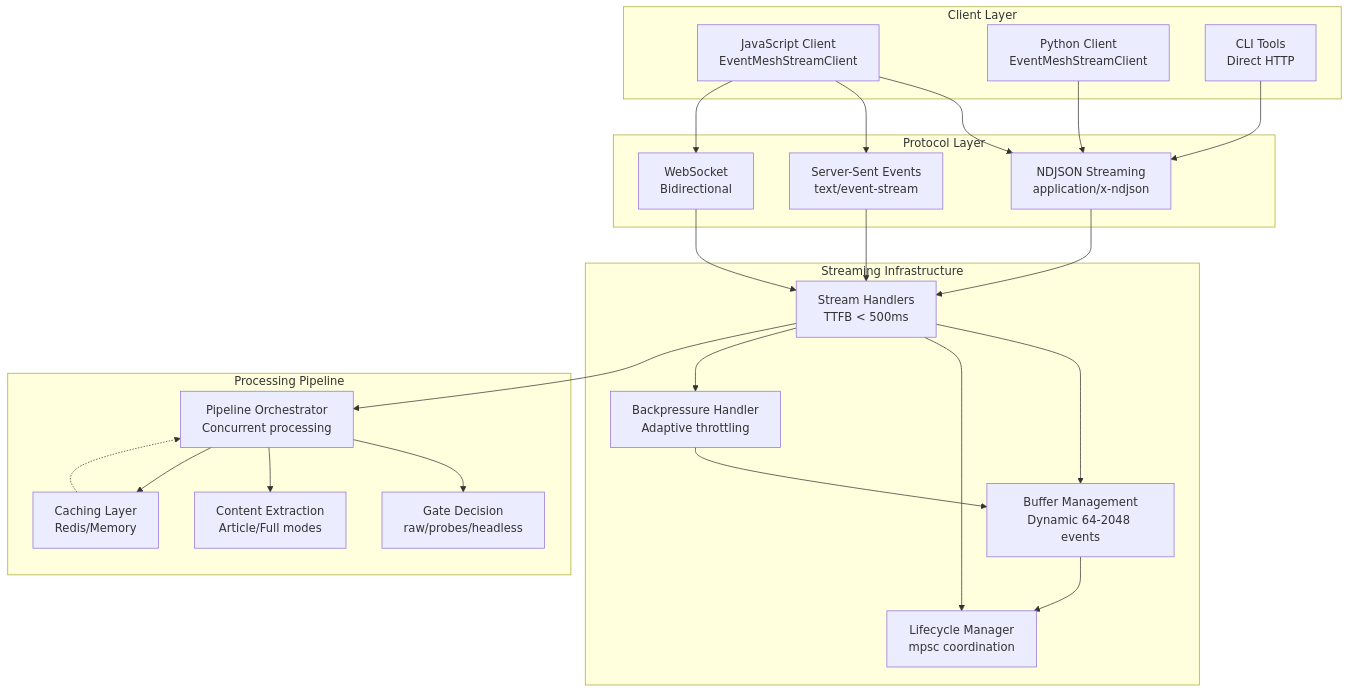
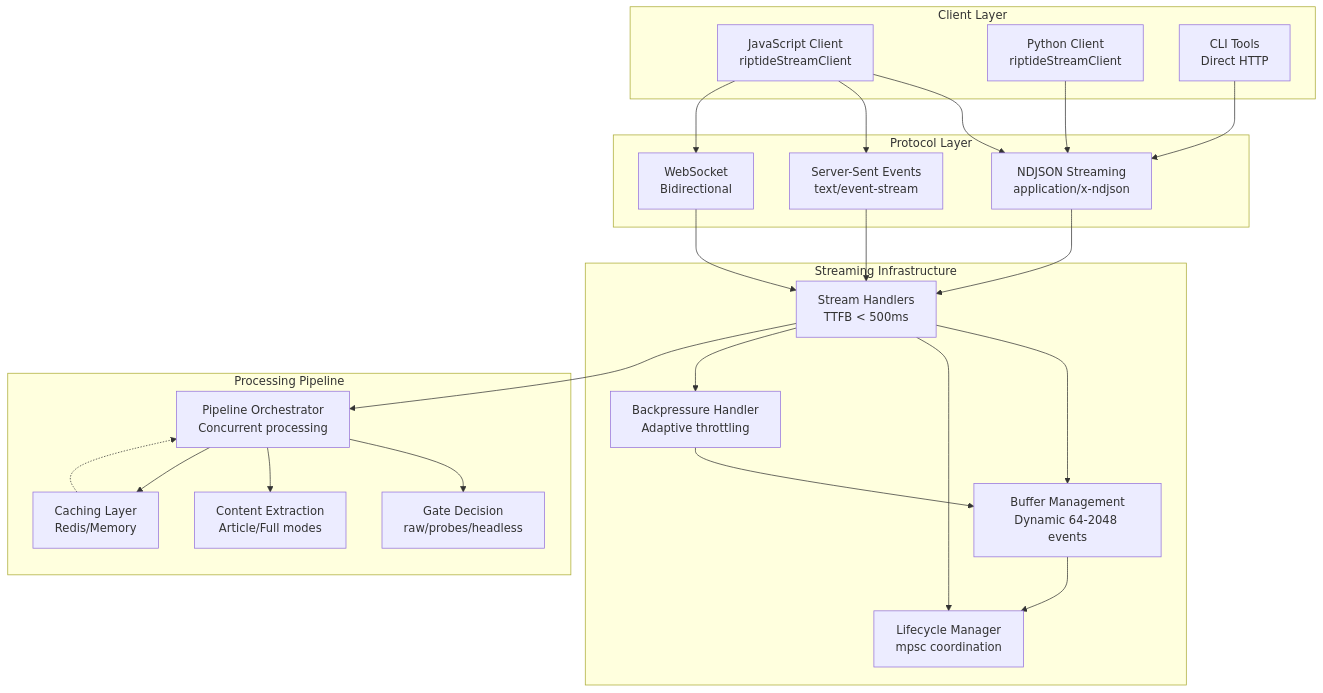
One commit to foofork/riptidecrawler changed the sixth of 6 diagrams in docs/api/streaming.md. Above: the diagram before and after it, drawn with Mermaid. The commit also changed other lines of this file and 82 other files, not shown here.

````diff
--- a/docs/api/streaming.md
+++ b/docs/api/streaming.md
@@ -2543,51 +2543,51 @@
 ```mermaid
 graph TB
     subgraph "Client Layer"
-        JS["JavaScript Client<br/>EventMeshStreamClient"]
-        Python["Python Client<br/>EventMeshStreamClient"]
+        JS["JavaScript Client<br/>riptideStreamClient"]
+        Python["Python Client<br/>riptideStreamClient"]
         CLI["CLI Tools<br/>Direct HTTP"]
     end
 
     subgraph "Protocol Layer"
         NDJSON["NDJSON Streaming<br/>application/x-ndjson"]
         SSE["Server-Sent Events<br/>text/event-stream"]
         WS["WebSocket<br/>Bidirectional"]
     end
 
     subgraph "Streaming Infrastructure"
         Handler["Stream Handlers<br/>TTFB < 500ms"]
         Buffer["Buffer Management<br/>Dynamic 64-2048 events"]
         Lifecycle["Lifecycle Manager<br/>mpsc coordination"]
         Backpressure["Backpressure Handler<br/>Adaptive throttling"]
     end
 
     subgraph "Processing Pipeline"
         Orchestrator["Pipeline Orchestrator<br/>Concurrent processing"]
         Extractor["Content Extraction<br/>Article/Full modes"]
         Cache["Caching Layer<br/>Redis/Memory"]
         Gate["Gate Decision<br/>raw/probes/headless"]
     end
 
     JS --> NDJSON
     JS --> SSE
     JS --> WS
     Python --> NDJSON
     CLI --> NDJSON
 
     NDJSON --> Handler
     SSE --> Handler
     WS --> Handler
 
     Handler --> Buffer
     Handler --> Lifecycle
     Handler --> Backpressure
     Handler --> Orchestrator
 
     Orchestrator --> Gate
     Orchestrator --> Extractor
     Orchestrator --> Cache
 
     Cache -.-> Orchestrator
     Buffer --> Lifecycle
     Backpressure --> Buffer
 ```
````
